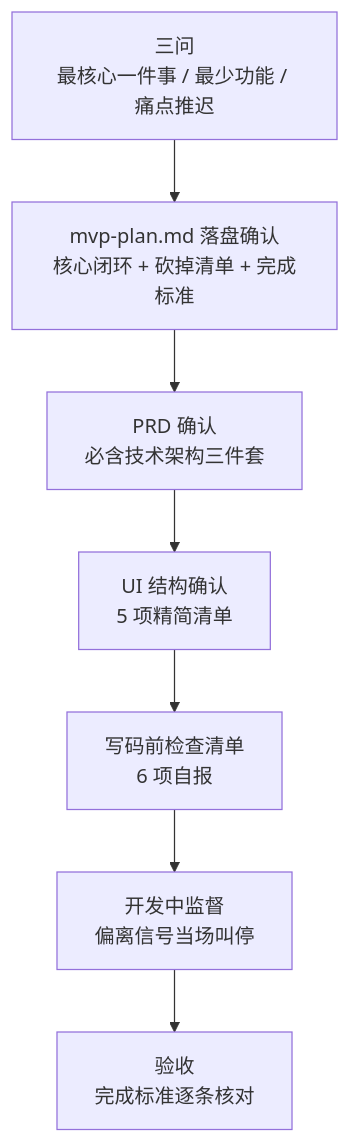
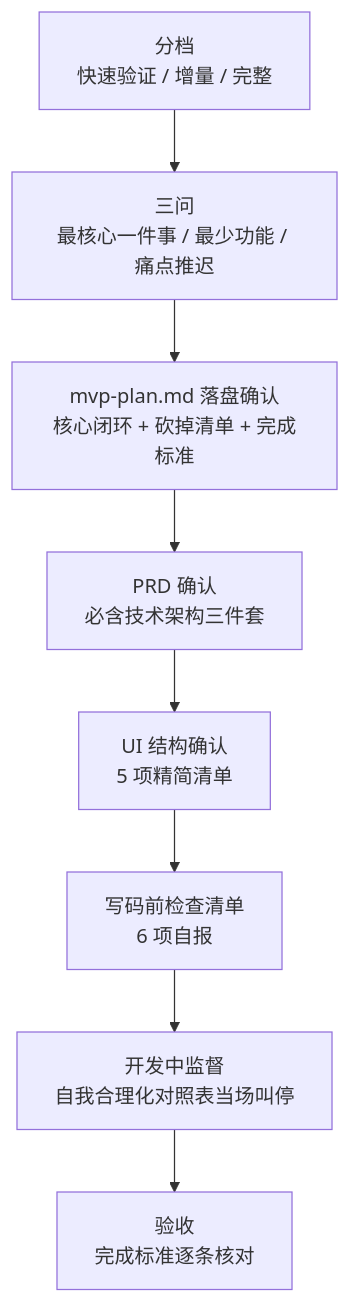
Before and after one commit to sunwang33/mvp-guardian: the diagram in README.md, drawn with Mermaid. The commit also changed other lines of this file, not shown here.

````diff
--- a/README.md
+++ b/README.md
@@ -22,9 +32,10 @@
 ```mermaid
 flowchart TD
-    A["三问<br/>最核心一件事 / 最少功能 / 痛点推迟"] --> B["mvp-plan.md 落盘确认<br/>核心闭环 + 砍掉清单 + 完成标准"]
-    B --> C["PRD 确认<br/>必含技术架构三件套"]
-    C --> D["UI 结构确认<br/>5 项精简清单"]
-    D --> E["写码前检查清单<br/>6 项自报"]
-    E --> F["开发中监督<br/>偏离信号当场叫停"]
-    F --> G["验收<br/>完成标准逐条核对"]
+    A["分档<br/>快速验证 / 增量 / 完整"] --> B["三问<br/>最核心一件事 / 最少功能 / 痛点推迟"]
+    B --> C["mvp-plan.md 落盘确认<br/>核心闭环 + 砍掉清单 + 完成标准"]
+    C --> D["PRD 确认<br/>必含技术架构三件套"]
+    D --> E["UI 结构确认<br/>5 项精简清单"]
+    E --> F["写码前检查清单<br/>6 项自报"]
+    F --> G["开发中监督<br/>自我合理化对照表当场叫停"]
+    G --> H["验收<br/>完成标准逐条核对"]
 ```
````
